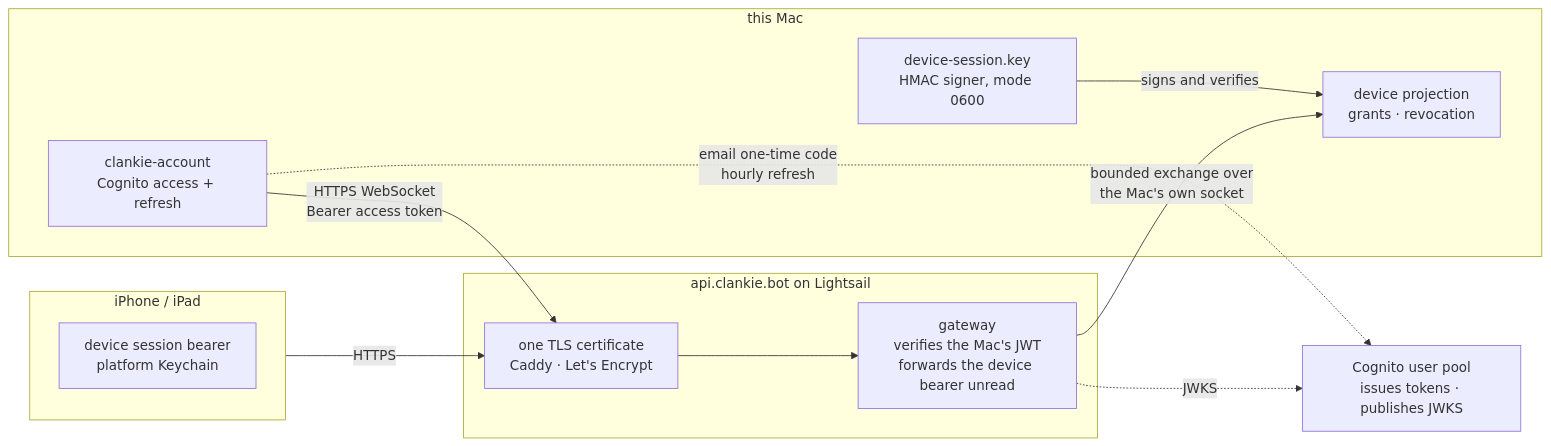
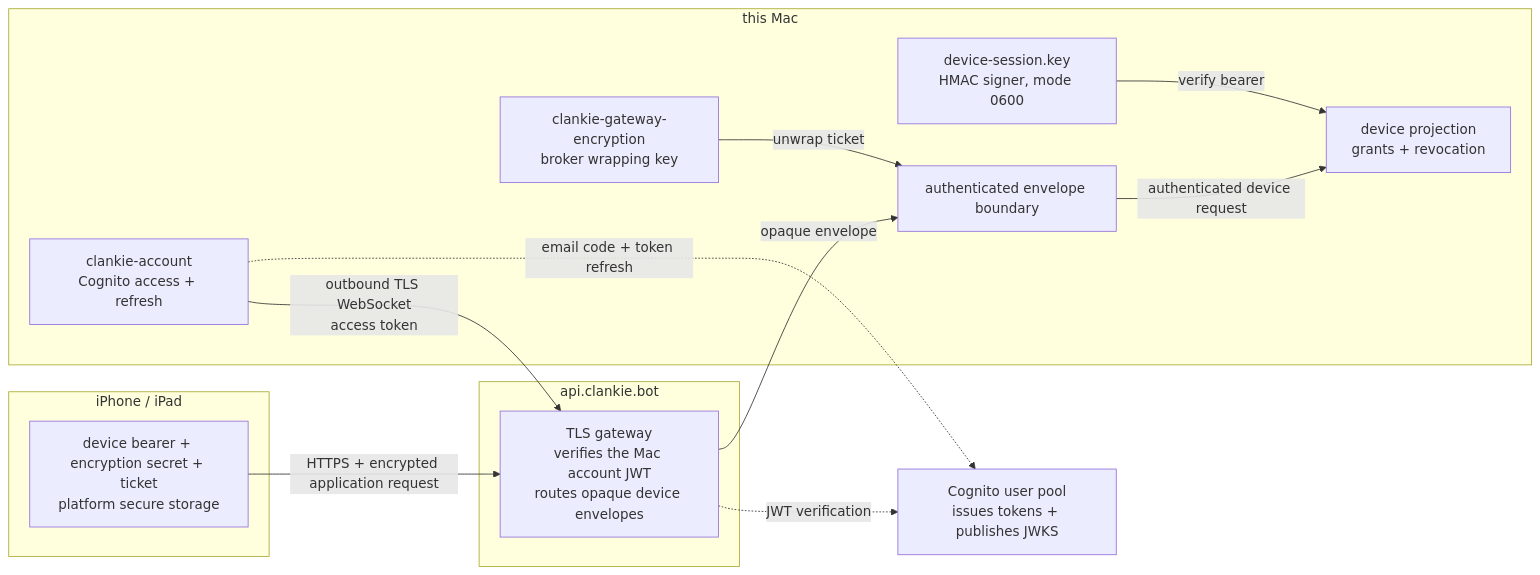
One commit to Volpestyle/clankie changed the second of 2 diagrams in docs/credentials.md. Above: the diagram before and after it, drawn with Mermaid. The commit also changed other lines of this file and 29 other files, not shown here.

````diff
--- a/docs/credentials.md
+++ b/docs/credentials.md
@@ -223,23 +223,25 @@
 ```mermaid
 flowchart LR
   subgraph Phone["iPhone / iPad"]
-    DeviceBearer["device session bearer<br/>platform Keychain"]
+    Device["device bearer + encryption secret + ticket<br/>platform secure storage"]
   end
-  subgraph Edge["api.clankie.bot on Lightsail"]
-    Cert["one TLS certificate<br/>Caddy · Let's Encrypt"]
-    Gateway["gateway<br/>verifies the Mac's JWT<br/>forwards the device bearer unread"]
+  subgraph Edge["api.clankie.bot"]
+    Gateway["TLS gateway<br/>verifies the Mac account JWT<br/>routes opaque device envelopes"]
   end
   subgraph Mac["this Mac"]
     Account["clankie-account<br/>Cognito access + refresh"]
+    WrappingKey["clankie-gateway-encryption<br/>broker wrapping key"]
+    Encryption["authenticated envelope boundary"]
     DeviceKey["device-session.key<br/>HMAC signer, mode 0600"]
-    Devices["device projection<br/>grants · revocation"]
+    Devices["device projection<br/>grants + revocation"]
   end
-  Cognito["Cognito user pool<br/>issues tokens · publishes JWKS"]
-  Phone -->|"HTTPS"| Cert
-  Account -->|"HTTPS WebSocket<br/>Bearer access token"| Cert
-  Cert --> Gateway
-  Account -. "email one-time code<br/>hourly refresh" .-> Cognito
-  Gateway -. "JWKS" .-> Cognito
-  Gateway -->|"bounded exchange over<br/>the Mac's own socket"| Devices
-  DeviceKey -->|"signs and verifies"| Devices
+  Cognito["Cognito user pool<br/>issues tokens + publishes JWKS"]
+  Device -->|"HTTPS + encrypted application request"| Gateway
+  Account -->|"outbound TLS WebSocket<br/>access token"| Gateway
+  Account -. "email code + token refresh" .-> Cognito
+  Gateway -. "JWT verification" .-> Cognito
+  Gateway -->|"opaque envelope"| Encryption
+  WrappingKey -->|"unwrap ticket"| Encryption
+  Encryption -->|"authenticated device request"| Devices
+  DeviceKey -->|"verify bearer"| Devices
 ```
````
